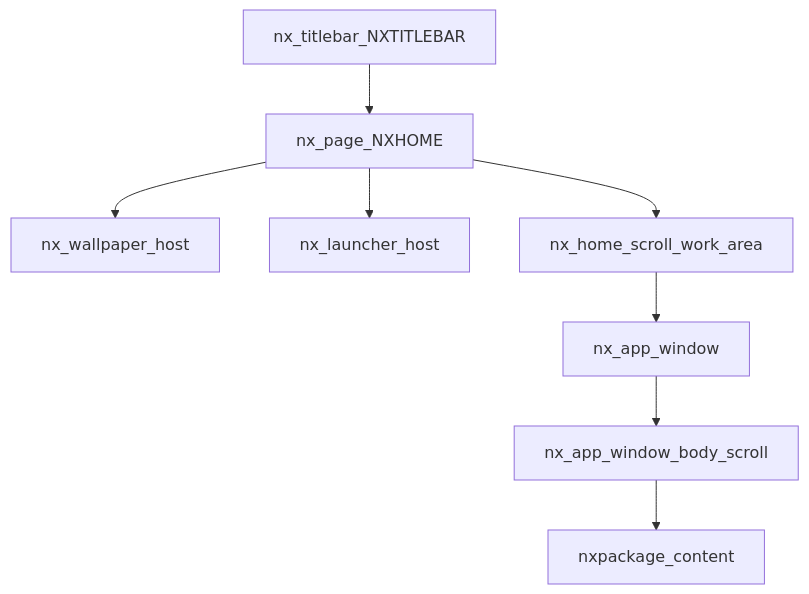
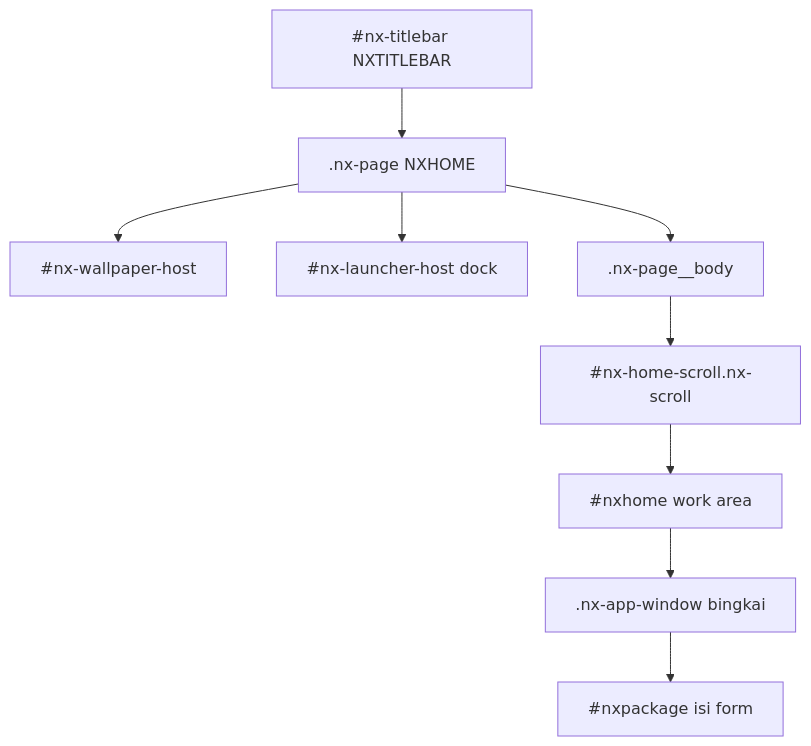
Before and after one commit to iyanrsaleh/Development: the diagram in system/window/README.md, drawn with Mermaid. The commit also changed other lines of this file and 1286 other files, not shown here.

````diff
--- a/system/window/README.md
+++ b/system/window/README.md
@@ -65,19 +67,21 @@
 ```mermaid
 flowchart TB
-  Titlebar["nx_titlebar_NXTITLEBAR"]
-  Page["nx_page_NXHOME"]
-  Wall["nx_wallpaper_host"]
-  Launch["nx_launcher_host"]
-  Scroll["nx_home_scroll_work_area"]
-  Win["nx_app_window"]
-  Body["nx_app_window_body_scroll"]
-  Nest["nxpackage_content"]
+  Titlebar["#nx-titlebar NXTITLEBAR"]
+  Page[".nx-page NXHOME"]
+  Wall["#nx-wallpaper-host"]
+  Launch["#nx-launcher-host dock"]
+  Body[".nx-page__body"]
+  Scroll["#nx-home-scroll.nx-scroll"]
+  Nxhome["#nxhome work area"]
+  FloatWin[".nx-app-window bingkai"]
+  Nest["#nxpackage isi form"]
 
   Titlebar --> Page
   Page --> Wall
   Page --> Launch
-  Page --> Scroll
-  Scroll --> Win
-  Win --> Body
-  Body --> Nest
+  Page --> Body
+  Body --> Scroll
+  Scroll --> Nxhome
+  Nxhome --> FloatWin
+  FloatWin --> Nest
 ```
````
